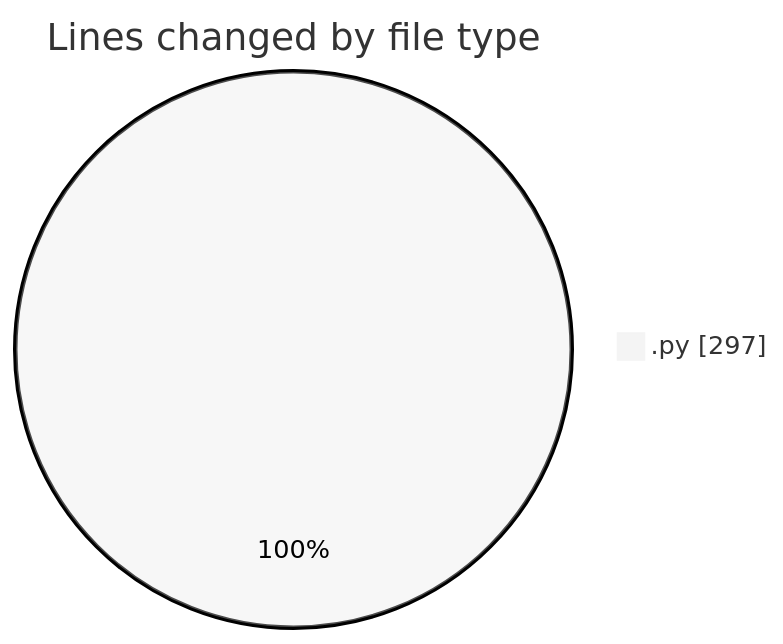
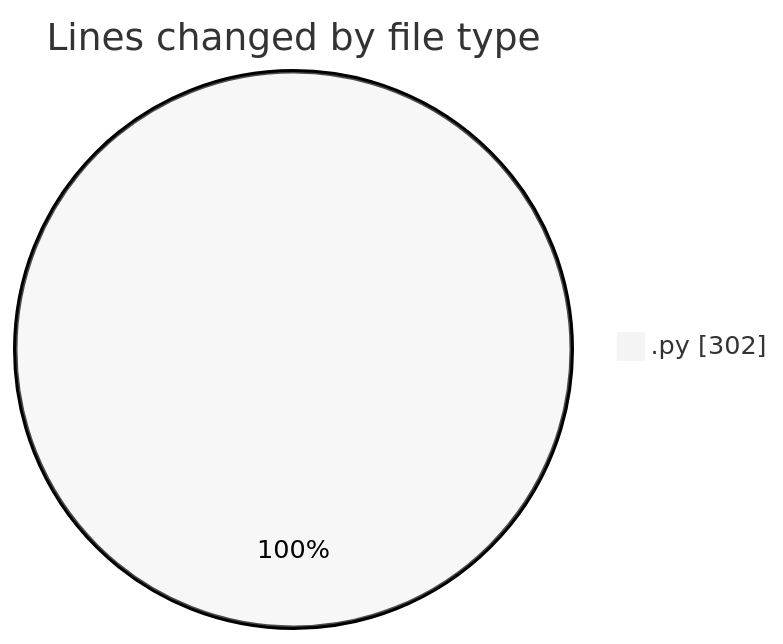
The first of 2 diagrams in 2025-03-21/myws__workspace_/README.md (MatusMokan/code-tracking), drawn with Mermaid (neutral theme) before and after one commit. The commit also changed other lines of this file and 1 other file, not shown here.

````diff
--- a/2025-03-21/myws__workspace_/README.md
+++ b/2025-03-21/myws__workspace_/README.md
@@ -20,5 +20,5 @@
 ```mermaid
 pie showData
 title Lines changed by file type
-".py" : 297
+".py" : 302
 ```
````
